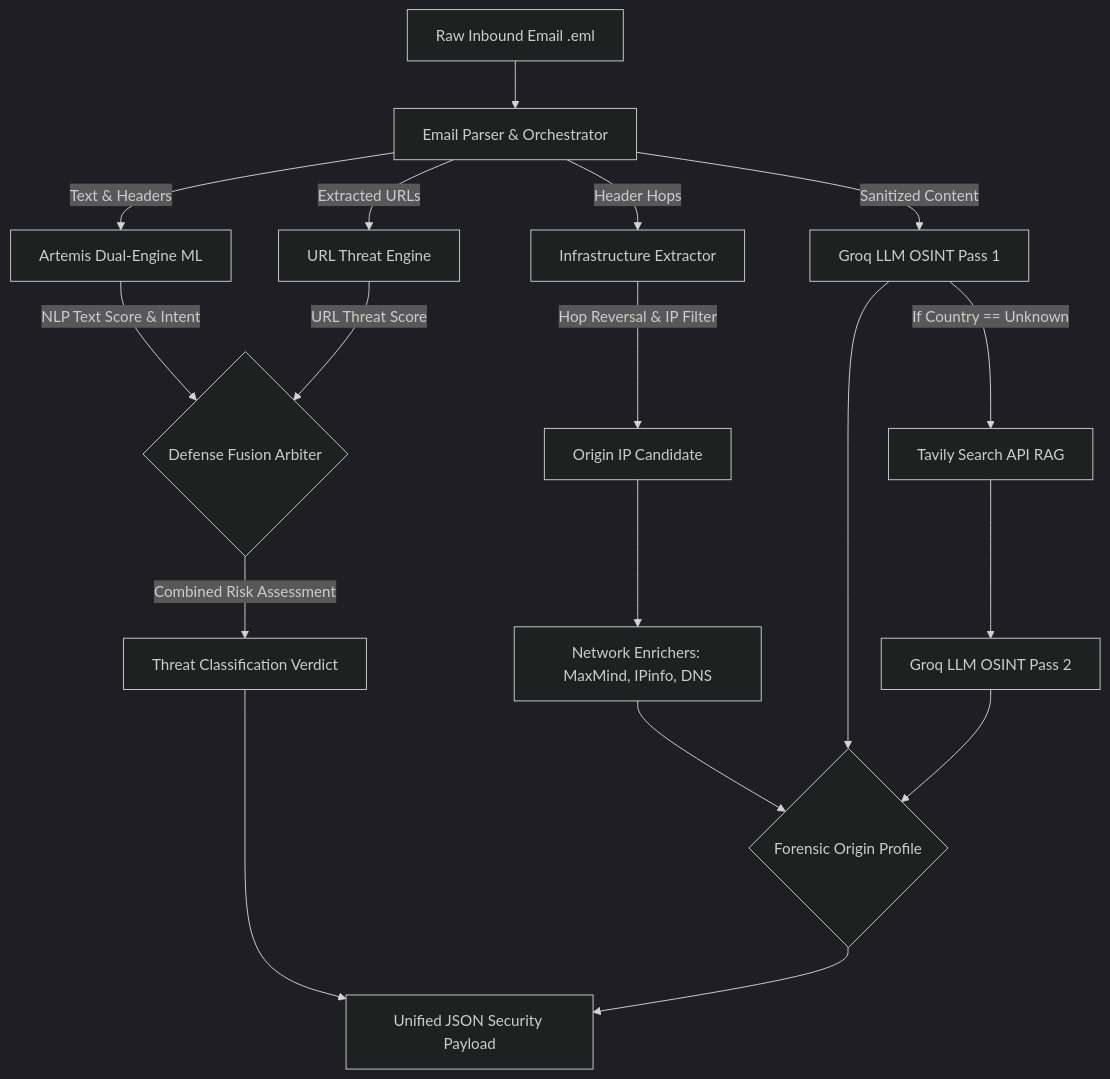
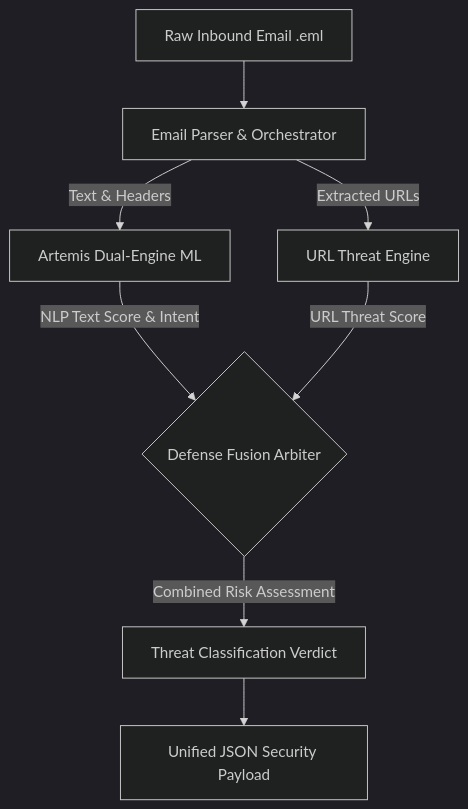
The diagram in README.md (rajnil9/Artemis), drawn with Mermaid (dark theme) before and after one commit. The commit also changed other lines of this file, not shown here.

````diff
--- a/README.md
+++ b/README.md
@@ -15,30 +13,15 @@
 ```mermaid
 graph TD
     A[Raw Inbound Email .eml] --> B[Email Parser & Orchestrator]
     
     %% Artemis Pipeline
     B -->|Text & Headers| C[Artemis Dual-Engine ML]
     B -->|Extracted URLs| D[URL Threat Engine]
     
     C -->|NLP Text Score & Intent| E{Defense Fusion Arbiter}
     D -->|URL Threat Score| E
     E -->|Combined Risk Assessment| F[Threat Classification Verdict]
     
-    %% Origin Traceability Pipeline (From context 1)
-    B -->|Header Hops| G[Infrastructure Extractor]
-    G -->|Hop Reversal & IP Filter| H[Origin IP Candidate]
-    
-    H --> I[Network Enrichers: MaxMind, IPinfo, DNS]
-    B -->|Sanitized Content| J[Groq LLM OSINT Pass 1]
-    
-    J -->|If Country == Unknown| K[Tavily Search API RAG]
-    K --> L[Groq LLM OSINT Pass 2]
-    
-    I --> M{Forensic Origin Profile}
-    J --> M
-    L --> M
-    
     %% Final Unification
     F --> N[Unified JSON Security Payload]
-    M --> N
 ```
````
